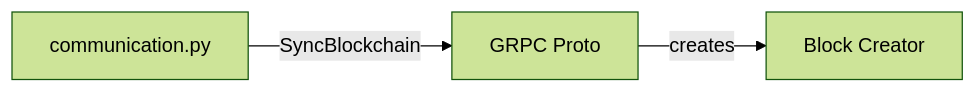
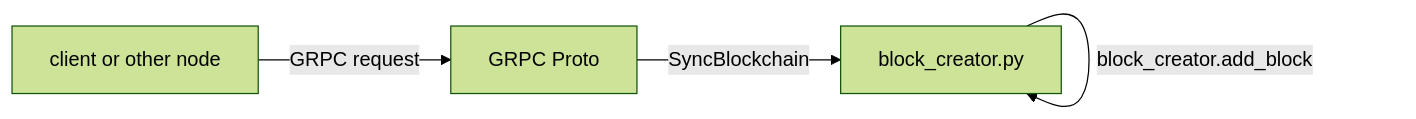
One commit to lmtrarbach/blockchain-python changed the diagram in src/blockchain/README.md. Above: the diagram before and after it, drawn with Mermaid (forest theme). The commit also changed other lines of this file, not shown here.

````diff
--- a/src/blockchain/README.md
+++ b/src/blockchain/README.md
@@ -1,5 +1,5 @@
 ```mermaid
 graph LR
-    A[communication.py] -- SyncBlockchain --> B[GRPC Proto]
-    B -- creates --> C[Block Creator]
+    A[client or other node] -- GRPC request --> B[GRPC Proto] -- SyncBlockchain --> C[communication.py]
+    C -- block_creator.add_block --> C[block_creator.py]
 ```
````
